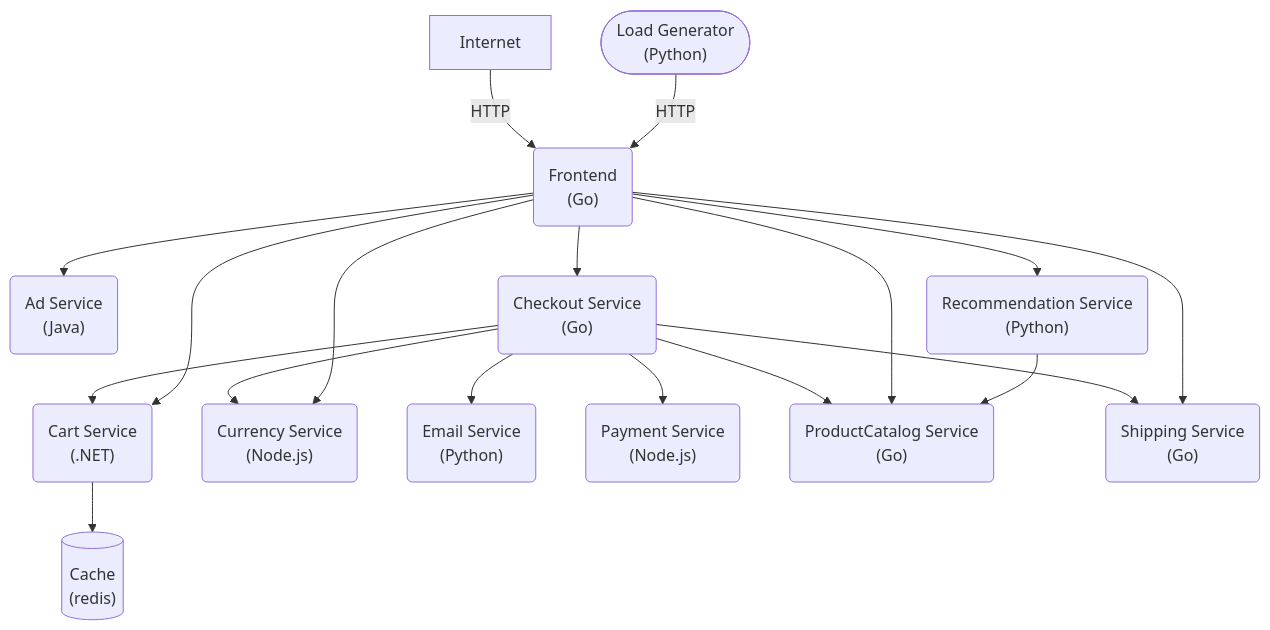
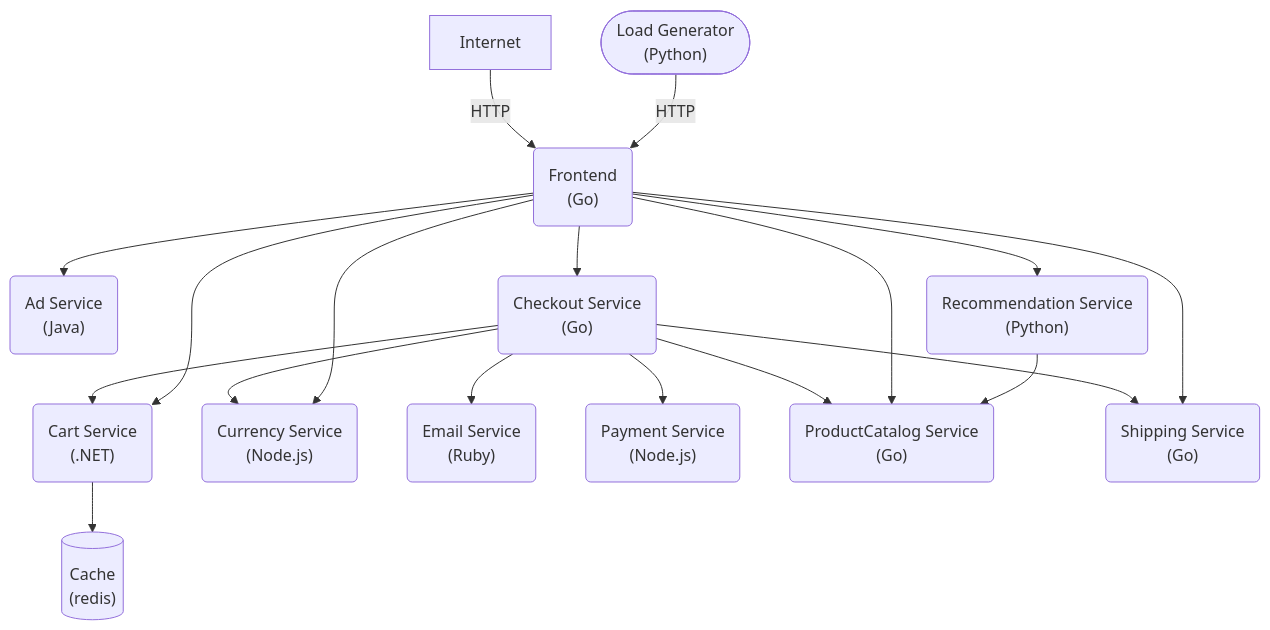
The diagram in README.md (mohamed3637/opentelemetry-demo), drawn with Mermaid before and after one commit. The commit also changed other lines of this file and 20 other files, not shown here.

First line of the commit message:
Rewrite emailservice in ruby (#109)

````diff
--- a/README.md
+++ b/README.md
@@ -107,35 +107,35 @@
 ```mermaid
 
 graph TD
 
 adservice(Ad Service<br/>&#40Java&#41):::java
 cache[(Cache<br/>&#40redis&#41)]
 cartservice(Cart Service<br/>&#40.NET&#41):::dotnet
 checkoutservice(Checkout Service<br/>&#40Go&#41):::golang
 currencyservice(Currency Service<br/>&#40Node.js&#41):::nodejs
-emailservice(Email Service<br/>&#40Python&#41):::python
+emailservice(Email Service<br/>&#40Ruby&#41):::ruby
 frontend(Frontend<br/>&#40Go&#41):::golang
 loadgenerator([Load Generator<br/>&#40Python&#41]):::python
 paymentservice(Payment Service<br/>&#40Node.js&#41):::nodejs
 productcatalogservice(ProductCatalog Service<br/>&#40Go&#41):::golang
 recommendationservice(Recommendation Service<br/>&#40Python&#41):::python
 shippingservice(Shipping Service<br/>&#40Go&#41):::golang
 
 Internet -->|HTTP| frontend
 loadgenerator -->|HTTP| frontend
 
 checkoutservice --> cartservice --> cache
 checkoutservice --> productcatalogservice
 checkoutservice --> currencyservice
 checkoutservice --> emailservice
 checkoutservice --> paymentservice
 checkoutservice --> shippingservice
 
 frontend --> adservice
 frontend --> cartservice
 frontend --> productcatalogservice
 frontend --> checkoutservice
 frontend --> currencyservice
 frontend --> recommendationservice --> productcatalogservice
 frontend --> shippingservice
 ```
````
